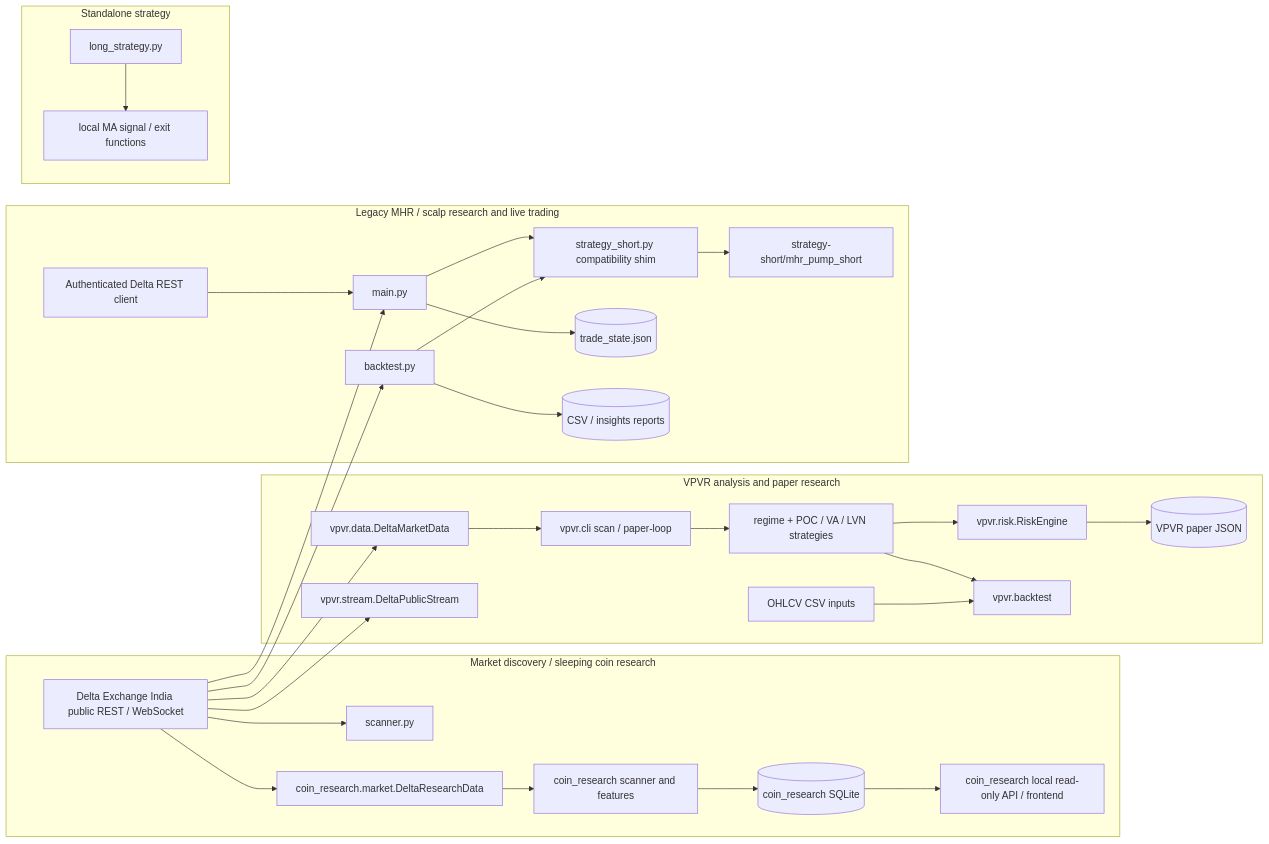
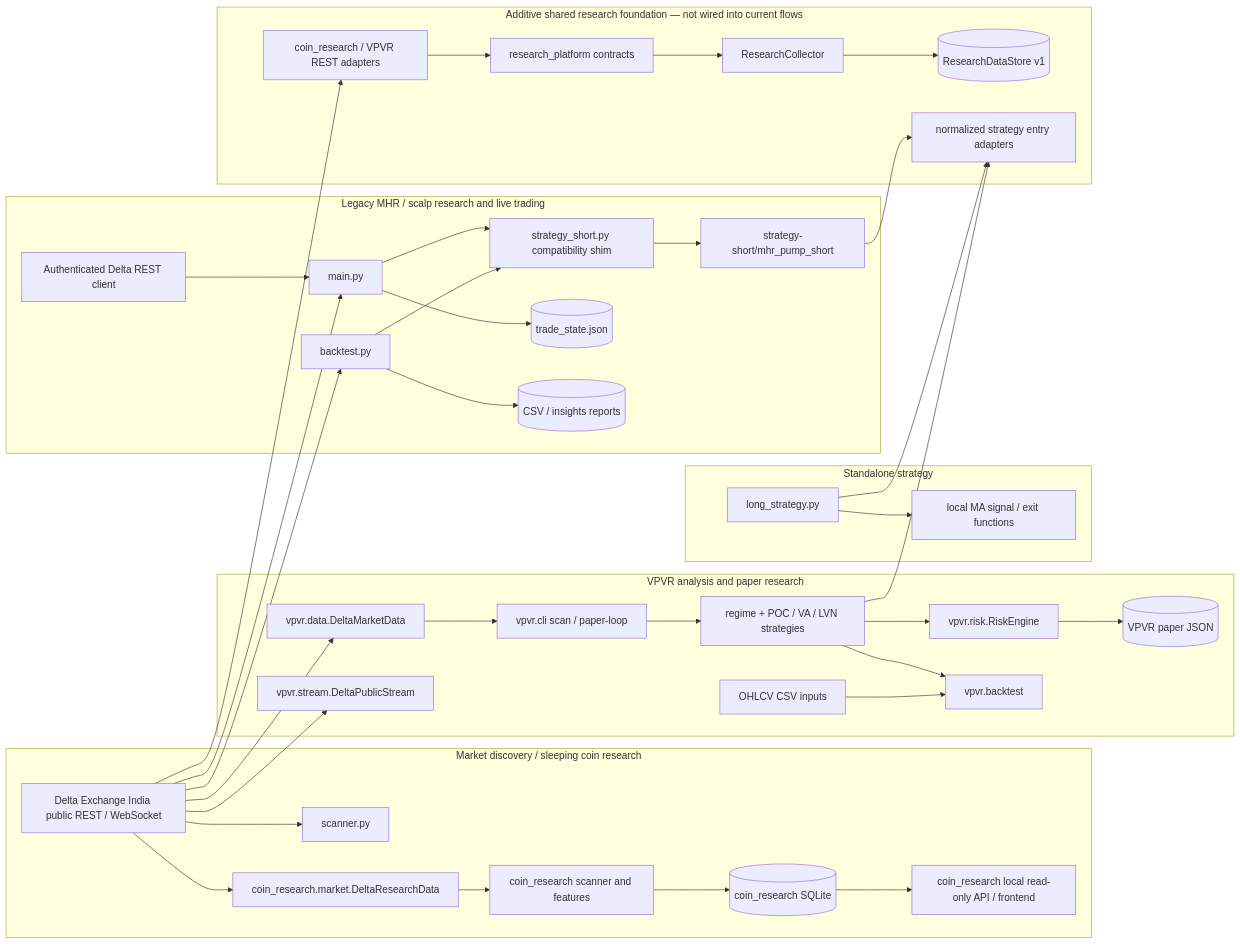
Before and after one commit to manjha28/del_trading_bot: the diagram in docs/UNIFIED_PLATFORM_GAP_AUDIT.md, drawn with Mermaid. The commit also changed other lines of this file and 9 other files, not shown here.

Commit message:
Add shared research platform foundation

````diff
--- a/docs/UNIFIED_PLATFORM_GAP_AUDIT.md
+++ b/docs/UNIFIED_PLATFORM_GAP_AUDIT.md
@@ -18,51 +61,63 @@
 ```mermaid
 flowchart LR
   Delta[Delta Exchange India public REST / WebSocket]
   Auth[Authenticated Delta REST client]
 
   subgraph Discovery["Market discovery / sleeping coin research"]
     Scanner[scanner.py]
     CoinMarket[coin_research.market.DeltaResearchData]
     CoinScan[coin_research scanner and features]
     CoinStore[(coin_research SQLite)]
     CoinUI[coin_research local read-only API / frontend]
     Delta --> Scanner
     Delta --> CoinMarket --> CoinScan --> CoinStore --> CoinUI
   end
 
   subgraph VPVR["VPVR analysis and paper research"]
     VPData[vpvr.data.DeltaMarketData]
     VPStream[vpvr.stream.DeltaPublicStream]
     VPScan[vpvr.cli scan / paper-loop]
     VPStrategies[regime + POC / VA / LVN strategies]
     VPRisk[vpvr.risk.RiskEngine]
     VPPaper[(VPVR paper JSON)]
     VPBT[vpvr.backtest]
     Delta --> VPData --> VPScan --> VPStrategies --> VPRisk --> VPPaper
     Delta --> VPStream
     CSV[OHLCV CSV inputs] --> VPBT
     VPStrategies --> VPBT
   end
 
   subgraph Legacy["Legacy MHR / scalp research and live trading"]
     Backtest[backtest.py]
     Shim[strategy_short.py compatibility shim]
     MHR[strategy-short/mhr_pump_short]
     Main[main.py]
     State[(trade_state.json)]
     Reports[(CSV / insights reports)]
     Delta --> Backtest
     Backtest --> Shim --> MHR
     Backtest --> Reports
     Delta --> Main
     Auth --> Main
     Main --> Shim
     Main --> State
   end
 
   subgraph Standalone["Standalone strategy"]
     Long[long_strategy.py]
     LongBT[local MA signal / exit functions]
     Long --> LongBT
   end
+
+  subgraph Foundation["Additive shared research foundation — not wired into current flows"]
+    Contracts[research_platform contracts]
+    Adapters[coin_research / VPVR REST adapters]
+    Collector[ResearchCollector]
+    Canonical[(ResearchDataStore v1)]
+    SignalAdapters[normalized strategy entry adapters]
+    Delta --> Adapters --> Contracts --> Collector --> Canonical
+    MHR --> SignalAdapters
+    Long --> SignalAdapters
+    VPStrategies --> SignalAdapters
+  end
 ```
````
